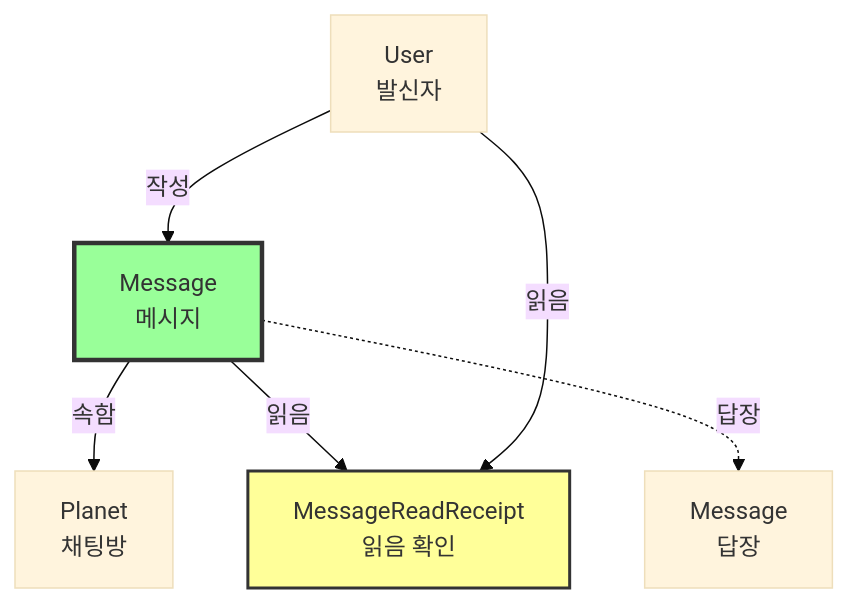
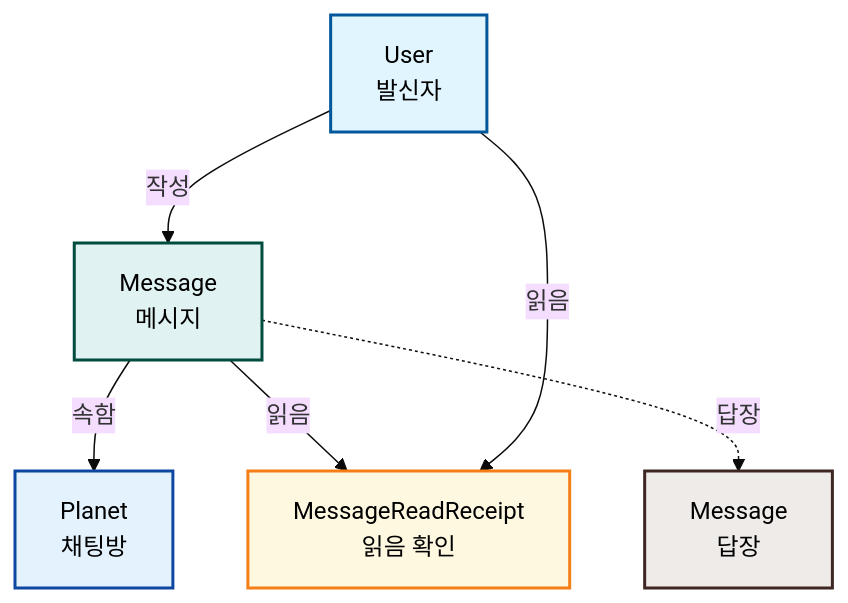
Before and after one commit to maximizest/connecto-nest: the fifth of 6 diagrams in .md/entity-relationship-diagram.md, drawn with Mermaid (base theme). The commit also changed other lines of this file, not shown here.

````diff
--- a/.md/entity-relationship-diagram.md
+++ b/.md/entity-relationship-diagram.md
@@ -98,17 +101,20 @@
 ```mermaid
 graph TB
     Message[Message<br/>메시지]
     User[User<br/>발신자]
     Planet[Planet<br/>채팅방]
     MessageReadReceipt[MessageReadReceipt<br/>읽음 확인]
     ReplyMessage[Message<br/>답장]
     
     User -->|작성| Message
     Message -->|속함| Planet
     Message -->|읽음| MessageReadReceipt
     Message -.->|답장| ReplyMessage
     User -->|읽음| MessageReadReceipt
     
-    style Message fill:#9f9,stroke:#333,stroke-width:3px
-    style MessageReadReceipt fill:#ff9,stroke:#333,stroke-width:2px
+    style User fill:#e1f5fe,stroke:#01579b,stroke-width:2px,color:#000
+    style Planet fill:#e3f2fd,stroke:#0d47a1,stroke-width:2px,color:#000
+    style Message fill:#e0f2f1,stroke:#004d40,stroke-width:2px,color:#000
+    style MessageReadReceipt fill:#fff8e1,stroke:#f57f17,stroke-width:2px,color:#000
+    style ReplyMessage fill:#efebe9,stroke:#3e2723,stroke-width:2px,color:#000
 ```
````
